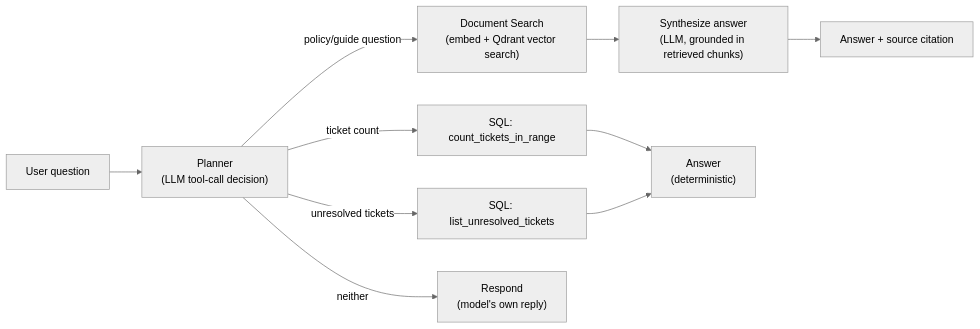
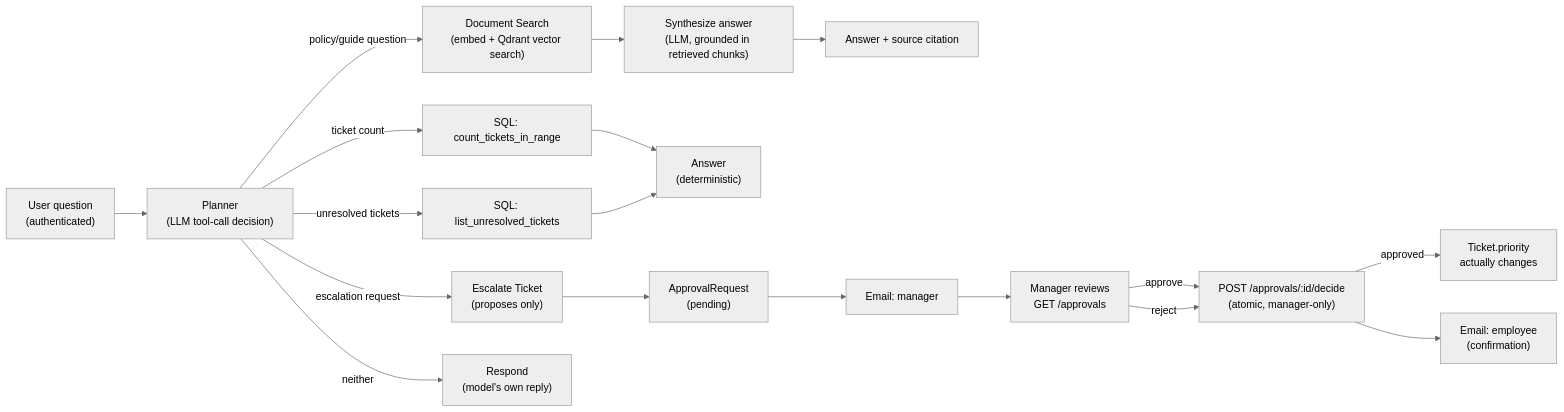
Before and after one commit to velmaachyuth2002/enterprise-healthcare-knowledge-agent: the diagram in README.md, drawn with Mermaid (neutral theme). The commit also changed other lines of this file, not shown here.

First line of the commit message:
Update README for the human-approval workflow

````diff
--- a/README.md
+++ b/README.md
@@ -22,12 +23,20 @@
 ```mermaid
 flowchart LR
-    Q["User question"] --> P["Planner\n(LLM tool-call decision)"]
+    Q["User question\n(authenticated)"] --> P["Planner\n(LLM tool-call decision)"]
     P -->|policy/guide question| DS["Document Search\n(embed + Qdrant vector search)"]
     P -->|ticket count| TC["SQL: count_tickets_in_range"]
     P -->|unresolved tickets| UT["SQL: list_unresolved_tickets"]
+    P -->|escalation request| ET["Escalate Ticket\n(proposes only)"]
     P -->|neither| R["Respond\n(model's own reply)"]
     DS --> SYN["Synthesize answer\n(LLM, grounded in retrieved chunks)"]
     SYN --> A["Answer + source citation"]
     TC --> A2["Answer\n(deterministic)"]
     UT --> A2
+    ET --> AR["ApprovalRequest\n(pending)"]
+    AR --> ME["Email: manager"]
+    ME --> MGR["Manager reviews\nGET /approvals"]
+    MGR -->|approve| DEC["POST /approvals/:id/decide\n(atomic, manager-only)"]
+    MGR -->|reject| DEC
+    DEC -->|approved| MUT["Ticket.priority\nactually changes"]
+    DEC --> EE["Email: employee\n(confirmation)"]
 ```
````
